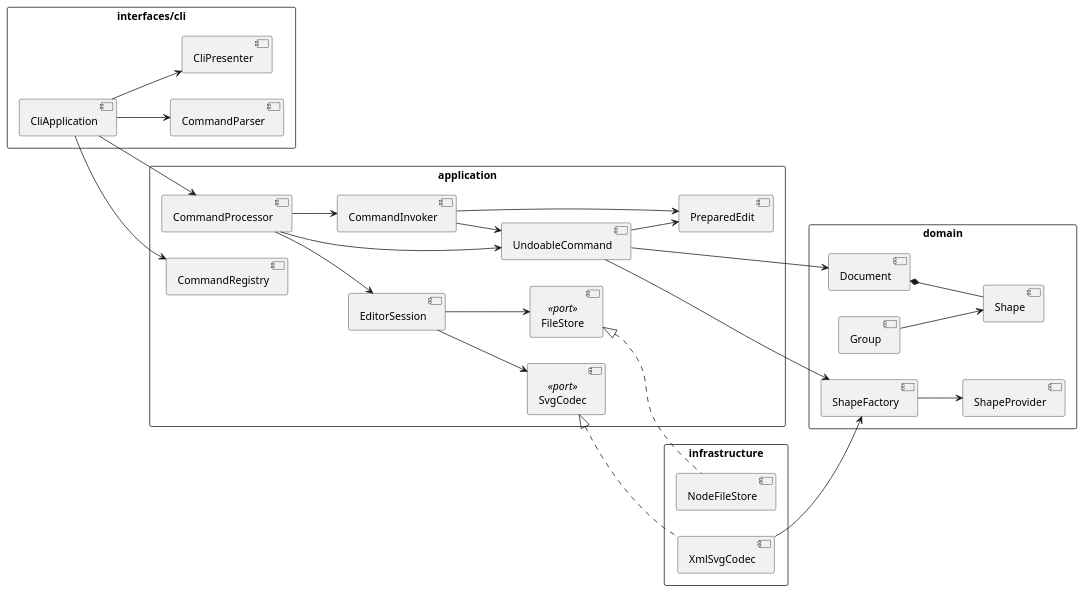
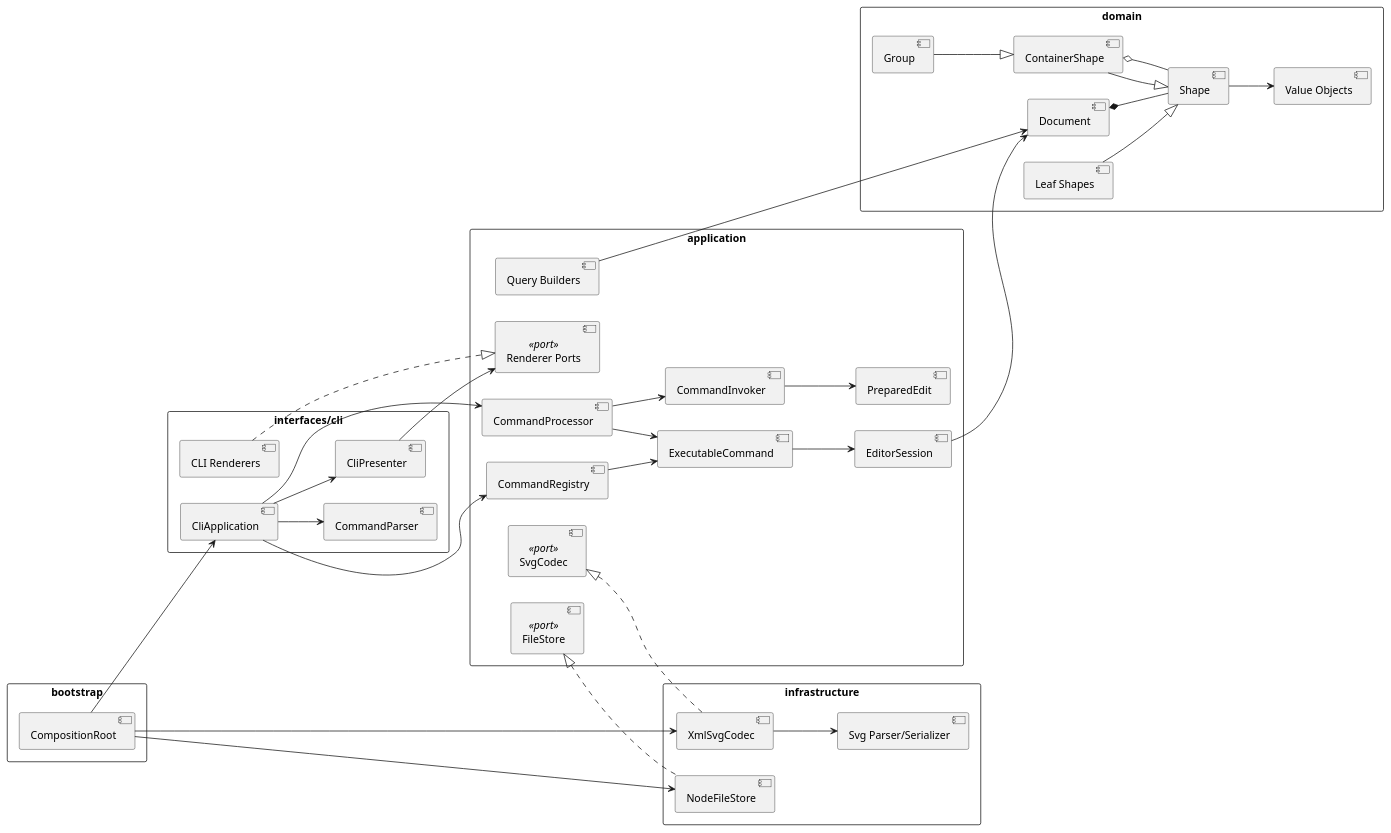
The diagram in doc/README.md (xsy12120/svg-editor-pj1), drawn with PlantUML before and after one commit. The commit also changed other lines of this file, not shown here.

````diff
--- a/doc/README.md
+++ b/doc/README.md
@@ -57,54 +64,76 @@
 ```plantuml
 @startuml
 skinparam packageStyle rectangle
 left to right direction
 
 package "interfaces/cli" {
-  [CliApplication] --> [CommandParser]
-  [CliApplication] --> [CliPresenter]
+  [CliApplication]
+  [CommandParser]
+  [CliPresenter]
+  [CLI Renderers]
 }
 
 package "application" {
-  [EditorSession]
+  [CommandRegistry]
   [CommandProcessor]
   [CommandInvoker]
-  [UndoableCommand]
+  [ExecutableCommand]
   [PreparedEdit]
-  [CommandRegistry]
+  [EditorSession]
+  [Query Builders]
   [SvgCodec] <<port>>
   [FileStore] <<port>>
-  [CliApplication] --> [CommandRegistry]
-  [CliApplication] --> [CommandProcessor]
-  [CommandProcessor] --> [EditorSession]
-  [CommandProcessor] --> [CommandInvoker]
-  [CommandProcessor] --> [UndoableCommand]
-  [CommandInvoker] --> [UndoableCommand]
-  [UndoableCommand] --> [PreparedEdit]
-  [CommandInvoker] --> [PreparedEdit]
-  [EditorSession] --> [SvgCodec]
-  [EditorSession] --> [FileStore]
+  [Renderer Ports] <<port>>
 }
 
 package "domain" {
   [Document]
   [Shape]
+  [ContainerShape]
   [Group]
-  [ShapeFactory]
-  [ShapeProvider]
-  [Document] *-- [Shape]
-  [Group] --> [Shape]
-  [ShapeFactory] --> [ShapeProvider]
-  [UndoableCommand] --> [Document]
-  [UndoableCommand] --> [ShapeFactory]
+  [Leaf Shapes]
+  [Value Objects]
 }
 
 package "infrastructure" {
   [XmlSvgCodec]
+  [Svg Parser/Serializer]
   [NodeFileStore]
-  [XmlSvgCodec] --> [ShapeFactory]
 }
+
+package "bootstrap" {
+  [CompositionRoot]
+}
+
+[CliApplication] --> [CommandParser]
+[CliApplication] --> [CommandRegistry]
+[CliApplication] --> [CommandProcessor]
+[CliApplication] --> [CliPresenter]
+
+[CommandRegistry] --> [ExecutableCommand]
+[CommandProcessor] --> [CommandInvoker]
+[CommandProcessor] --> [ExecutableCommand]
+[CommandInvoker] --> [PreparedEdit]
+[ExecutableCommand] --> [EditorSession]
+[EditorSession] --> [Document]
+[Query Builders] --> [Document]
+
+[Document] *-- [Shape]
+[Group] --|> [ContainerShape]
+[ContainerShape] --|> [Shape]
+[ContainerShape] o-- [Shape]
+[Leaf Shapes] --|> [Shape]
+[Shape] --> [Value Objects]
 
 [SvgCodec] <|.. [XmlSvgCodec]
 [FileStore] <|.. [NodeFileStore]
+[XmlSvgCodec] --> [Svg Parser/Serializer]
+
+[CliPresenter] --> [Renderer Ports]
+[CLI Renderers] ..|> [Renderer Ports]
+
+[CompositionRoot] --> [CliApplication]
+[CompositionRoot] --> [XmlSvgCodec]
+[CompositionRoot] --> [NodeFileStore]
 @enduml
 ```
````
